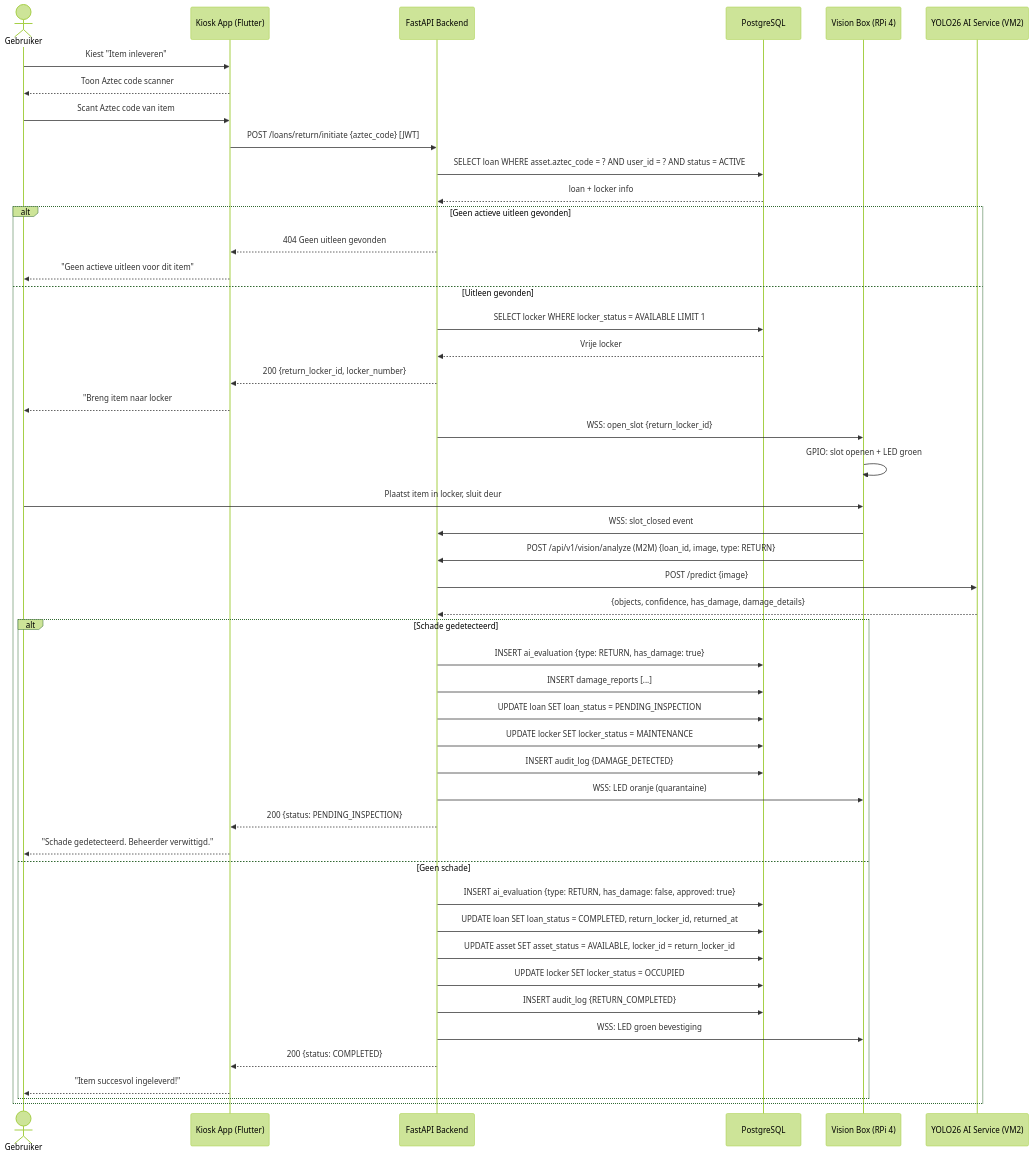
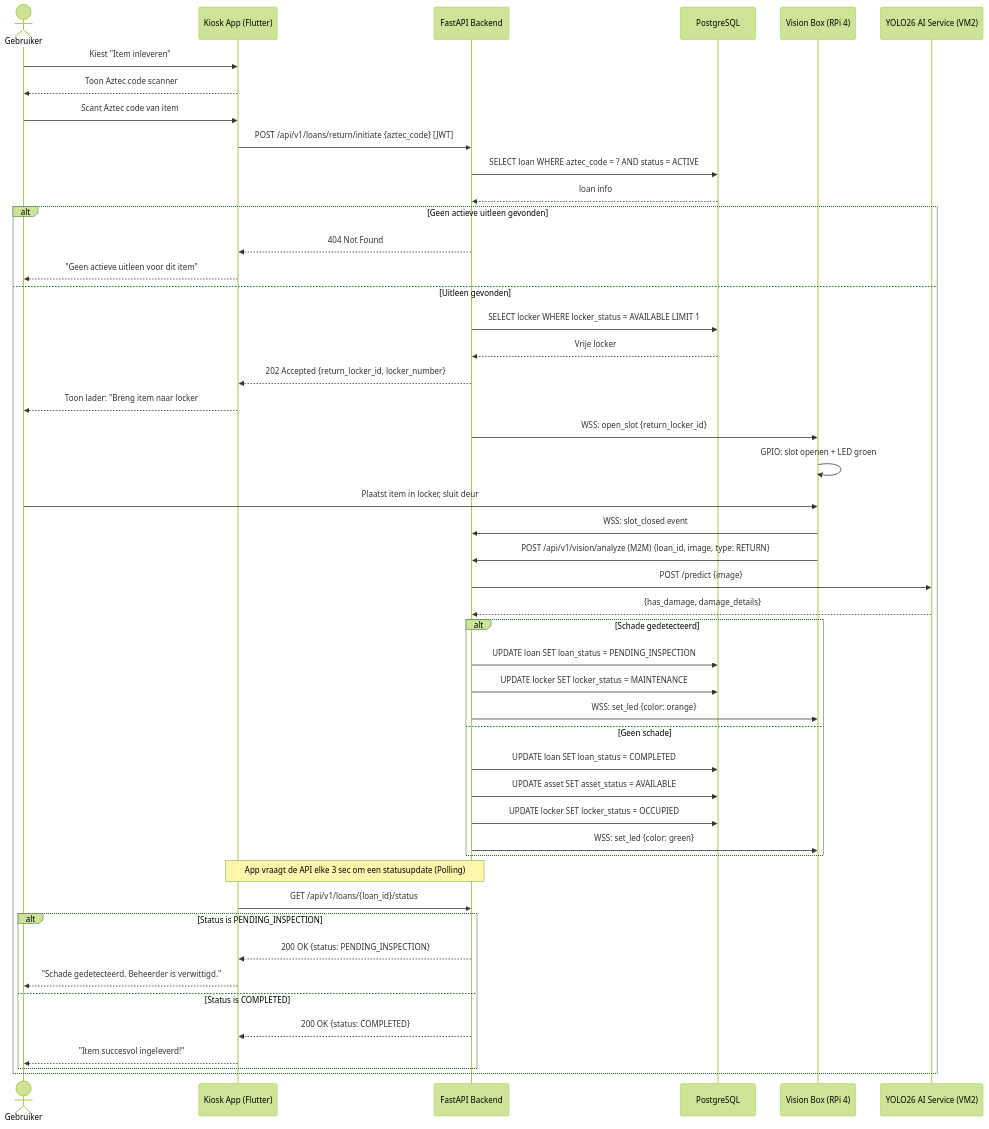
Before and after one commit to easylend-practice-enterprise/easylend: the third of 4 diagrams in docs/workflows.md, drawn with Mermaid (forest theme). The commit also changed other lines of this file and 4 other files, not shown here.

Commit message:
docs: align architecture.md logical topology with REST polling strategy

````diff
--- a/docs/workflows.md
+++ b/docs/workflows.md
@@ -126,55 +133,58 @@
 ```mermaid
 sequenceDiagram
     actor User as Gebruiker
     participant App as Kiosk App (Flutter)
     participant API as FastAPI Backend
     participant DB as PostgreSQL
     participant VB as Vision Box (RPi 4)
     participant AI as YOLO26 AI Service (VM2)
 
     User->>App: Kiest "Item inleveren"
     App-->>User: Toon Aztec code scanner
     User->>App: Scant Aztec code van item
-    App->>API: POST /loans/return/initiate {aztec_code} [JWT]
-    API->>DB: SELECT loan WHERE asset.aztec_code = ? AND user_id = ? AND status = ACTIVE
-    DB-->>API: loan + locker info
+    App->>API: POST /api/v1/loans/return/initiate {aztec_code} [JWT]
+    API->>DB: SELECT loan WHERE aztec_code = ? AND status = ACTIVE
+    DB-->>API: loan info
 
     alt Geen actieve uitleen gevonden
-        API-->>App: 404 Geen uitleen gevonden
+        API-->>App: 404 Not Found
         App-->>User: "Geen actieve uitleen voor dit item"
     else Uitleen gevonden
         API->>DB: SELECT locker WHERE locker_status = AVAILABLE LIMIT 1
         DB-->>API: Vrije locker
-        API-->>App: 200 {return_locker_id, locker_number}
-        App-->>User: "Breng item naar locker #N"
+        API-->>App: 202 Accepted {return_locker_id, locker_number}
+        App-->>User: Toon lader: "Breng item naar locker #N"
 
         API->>VB: WSS: open_slot {return_locker_id}
         VB->>VB: GPIO: slot openen + LED groen
         User->>VB: Plaatst item in locker, sluit deur
         VB->>API: WSS: slot_closed event
 
         VB->>API: POST /api/v1/vision/analyze (M2M) {loan_id, image, type: RETURN}
         API->>AI: POST /predict {image}
-        AI-->>API: {objects, confidence, has_damage, damage_details}
+        AI-->>API: {has_damage, damage_details}
 
         alt Schade gedetecteerd
-            API->>DB: INSERT ai_evaluation {type: RETURN, has_damage: true}
-            API->>DB: INSERT damage_reports [...]
             API->>DB: UPDATE loan SET loan_status = PENDING_INSPECTION
             API->>DB: UPDATE locker SET locker_status = MAINTENANCE
-            API->>DB: INSERT audit_log {DAMAGE_DETECTED}
-            API->>VB: WSS: LED oranje (quarantaine)
-            API-->>App: 200 {status: PENDING_INSPECTION}
-            App-->>User: "Schade gedetecteerd. Beheerder verwittigd."
+            API->>VB: WSS: set_led {color: orange}
         else Geen schade
-            API->>DB: INSERT ai_evaluation {type: RETURN, has_damage: false, approved: true}
-            API->>DB: UPDATE loan SET loan_status = COMPLETED, return_locker_id, returned_at
-            API->>DB: UPDATE asset SET asset_status = AVAILABLE, locker_id = return_locker_id
+            API->>DB: UPDATE loan SET loan_status = COMPLETED
+            API->>DB: UPDATE asset SET asset_status = AVAILABLE
             API->>DB: UPDATE locker SET locker_status = OCCUPIED
-            API->>DB: INSERT audit_log {RETURN_COMPLETED}
-            API->>VB: WSS: LED groen bevestiging
-            API-->>App: 200 {status: COMPLETED}
+            API->>VB: WSS: set_led {color: green}
+        end
+
+        Note over App,API: App vraagt de API elke 3 sec om een statusupdate (Polling)
+        App->>API: GET /api/v1/loans/{loan_id}/status
+        
+        alt Status is PENDING_INSPECTION
+            API-->>App: 200 OK {status: PENDING_INSPECTION}
+            App-->>User: "Schade gedetecteerd. Beheerder is verwittigd."
+        else Status is COMPLETED
+            API-->>App: 200 OK {status: COMPLETED}
             App-->>User: "Item succesvol ingeleverd!"
         end
     end
+
 ```
````
